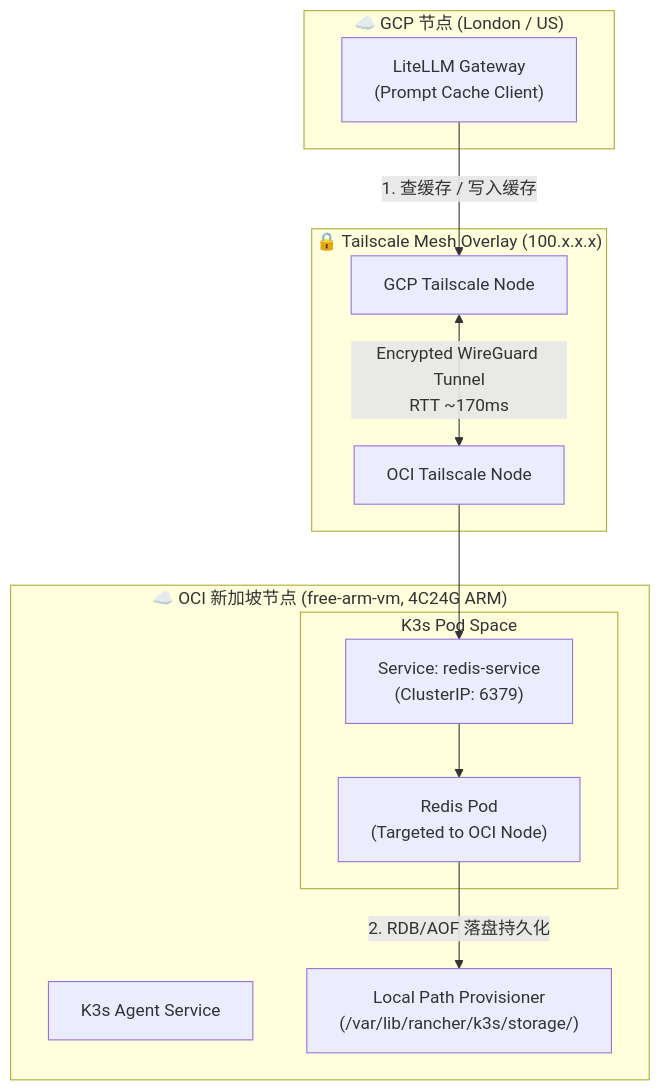
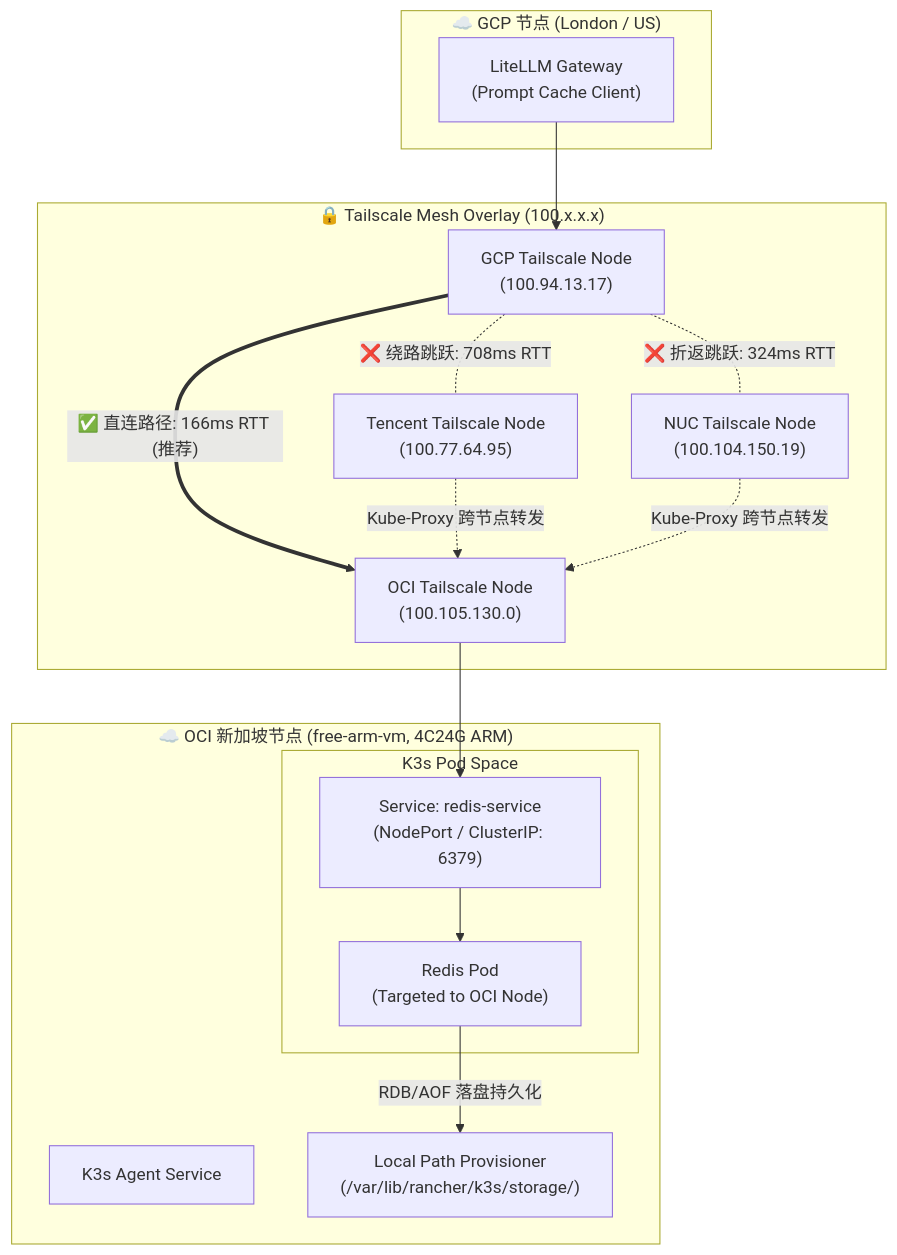
Before and after one commit to nvd11/my-blogs: the diagram in k3s-oci-redis-prompt-cache-deployment.md, drawn with Mermaid. The commit also changed other lines of this file, not shown here.

Commit message:
docs: add direct OCI VM connection design and 3-LB latency comparison test results

````diff
--- a/k3s-oci-redis-prompt-cache-deployment.md
+++ b/k3s-oci-redis-prompt-cache-deployment.md
@@ -17,28 +27,34 @@
 ```mermaid
 flowchart TB
     subgraph GCP["☁️ GCP 节点 (London / US)"]
         LiteLLM["LiteLLM Gateway<br/>(Prompt Cache Client)"]
     end
 
     subgraph TailscaleNet["🔒 Tailscale Mesh Overlay (100.x.x.x)"]
-        TSGCP["GCP Tailscale Node"]
-        TSOCI["OCI Tailscale Node"]
-        TSGCP <-->|"Encrypted WireGuard Tunnel<br/>RTT ~170ms"| TSOCI
+        TSGCP["GCP Tailscale Node<br/>(100.94.13.17)"]
+        TSOCI["OCI Tailscale Node<br/>(100.105.130.0)"]
+        TSTencent["Tencent Tailscale Node<br/>(100.77.64.95)"]
+        TSNUC["NUC Tailscale Node<br/>(100.104.150.19)"]
+        
+        TSGCP ==>|"✅ 直连路径: 166ms RTT (推荐)"| TSOCI
+        TSGCP -.-|"❌ 绕路跳跃: 708ms RTT"| TSTencent
+        TSGCP -.-|"❌ 折返跳跃: 324ms RTT"| TSNUC
     end
 
     subgraph OCI["☁️ OCI 新加坡节点 (free-arm-vm, 4C24G ARM)"]
         K3sAgent["K3s Agent Service"]
         
         subgraph K3sPodSpace["K3s Pod Space"]
             RedisPod["Redis Pod<br/>(Targeted to OCI Node)"]
-            RedisSvc["Service: redis-service<br/>(ClusterIP: 6379)"]
+            RedisSvc["Service: redis-service<br/>(NodePort / ClusterIP: 6379)"]
         end
         
         LocalStorage["Local Path Provisioner<br/>(/var/lib/rancher/k3s/storage/<pvc-id>)"]
     end
 
-    LiteLLM -->|"1. 查缓存 / 写入缓存"| TSGCP
-    TSOCI --> RedisSvc
-    RedisSvc --> RedisPod
-    RedisPod -->|"2. RDB/AOF 落盘持久化"| LocalStorage
+    LiteLLM --> TSGCP
+    TSOCI --> RedisSvc --> RedisPod
+    RedisPod -->|"RDB/AOF 落盘持久化"| LocalStorage
+    TSTencent -.->|"Kube-Proxy 跨节点转发"| TSOCI
+    TSNUC -.->|"Kube-Proxy 跨节点转发"| TSOCI
 ```
````
